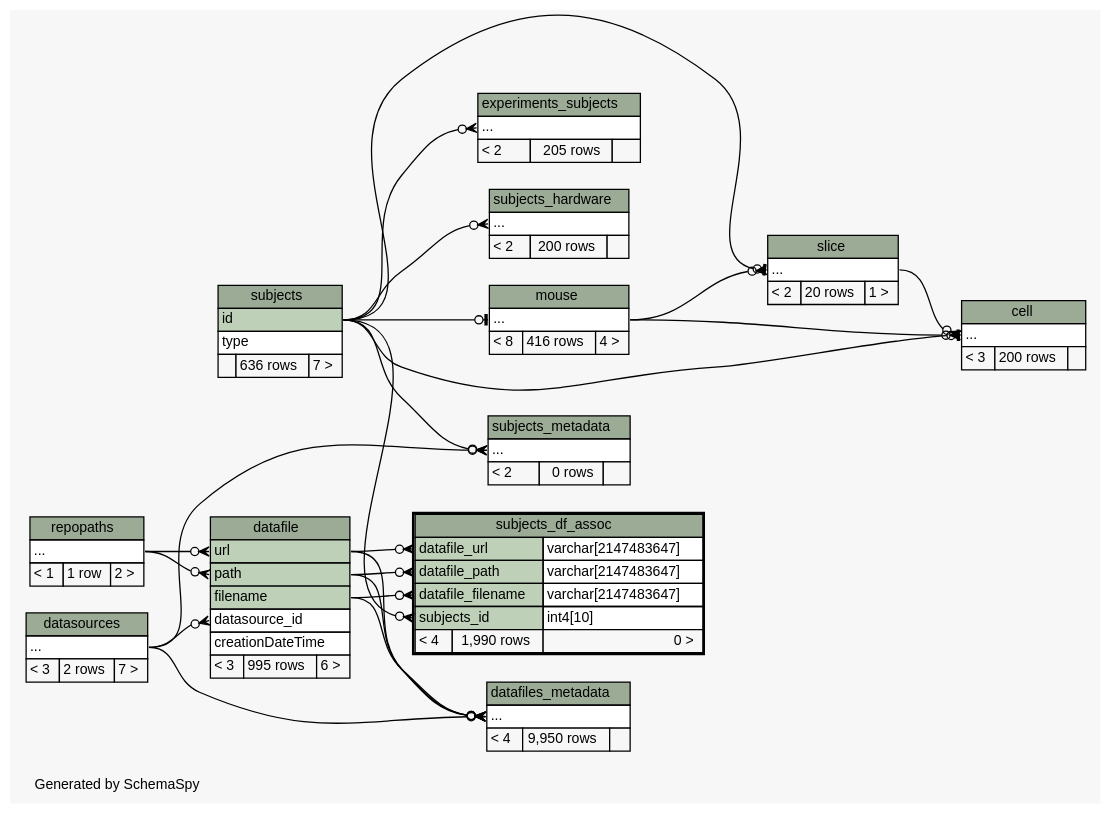
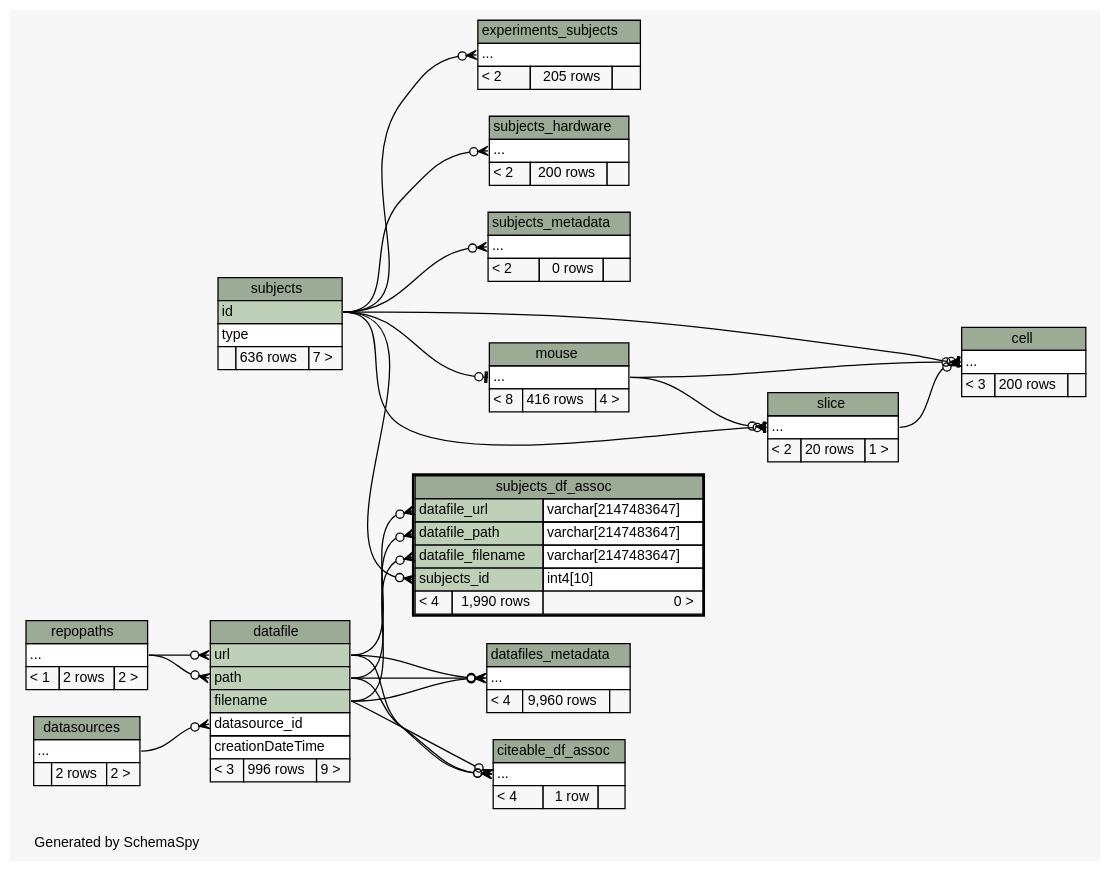
One commit to tgbugs/mlab changed the diagram in database/ss/diagrams/subjects_df_assoc.2degrees.dot. Above: the diagram before and after it, drawn with Graphviz. The commit also changed 185 other files, not shown here.

```diff
--- a/database/ss/diagrams/subjects_df_assoc.2degrees.dot
+++ b/database/ss/diagrams/subjects_df_assoc.2degrees.dot
@@ -1,171 +1,182 @@
 // dot 2.34.0 on Windows 7 6.1
 // SchemaSpy rev 590
 digraph "twoDegreesRelationshipsDiagram" {
   graph [
     rankdir="RL"
     bgcolor="#f7f7f7"
     label="\nGenerated by SchemaSpy"
     labeljust="l"
     nodesep="0.18"
     ranksep="0.46"
     fontname="Helvetica"
     fontsize="11"
   ];
   node [
     fontname="Helvetica"
     fontsize="11"
     shape="plaintext"
   ];
   edge [
     arrowsize="0.8"
   ];
   "cell":"elipses":w -> "subjects":"id":e [arrowhead=none dir=back arrowtail=teeodot];
   "cell":"elipses":w -> "mouse":"elipses":e [arrowhead=none dir=back arrowtail=crowodot];
   "cell":"elipses":w -> "slice":"elipses":e [arrowhead=none dir=back arrowtail=crowodot];
+  "citeable_df_assoc":"elipses":w -> "datafile":"filename":e [arrowhead=none dir=back arrowtail=crowodot];
+  "citeable_df_assoc":"elipses":w -> "datafile":"path":e [arrowhead=none dir=back arrowtail=crowodot];
+  "citeable_df_assoc":"elipses":w -> "datafile":"url":e [arrowhead=none dir=back arrowtail=crowodot];
   "datafile":"datasource_id":w -> "datasources":"elipses":e [arrowhead=none dir=back arrowtail=crowodot];
   "datafile":"path":w -> "repopaths":"elipses":e [arrowhead=none dir=back arrowtail=crowodot];
   "datafile":"url":w -> "repopaths":"elipses":e [arrowhead=none dir=back arrowtail=crowodot];
-  "datafiles_metadata":"elipses":w -> "datasources":"elipses":e [arrowhead=none dir=back arrowtail=crowodot];
   "datafiles_metadata":"elipses":w -> "datafile":"filename":e [arrowhead=none dir=back arrowtail=crowodot];
   "datafiles_metadata":"elipses":w -> "datafile":"path":e [arrowhead=none dir=back arrowtail=crowodot];
   "datafiles_metadata":"elipses":w -> "datafile":"url":e [arrowhead=none dir=back arrowtail=crowodot];
   "experiments_subjects":"elipses":w -> "subjects":"id":e [arrowhead=none dir=back arrowtail=crowodot];
   "mouse":"elipses":w -> "subjects":"id":e [arrowhead=none dir=back arrowtail=teeodot];
   "slice":"elipses":w -> "subjects":"id":e [arrowhead=none dir=back arrowtail=teeodot];
   "slice":"elipses":w -> "mouse":"elipses":e [arrowhead=none dir=back arrowtail=crowodot];
   "subjects_df_assoc":"datafile_filename":w -> "datafile":"filename":e [arrowhead=none dir=back arrowtail=crowodot];
   "subjects_df_assoc":"datafile_path":w -> "datafile":"path":e [arrowhead=none dir=back arrowtail=crowodot];
   "subjects_df_assoc":"datafile_url":w -> "datafile":"url":e [arrowhead=none dir=back arrowtail=crowodot];
   "subjects_df_assoc":"subjects_id":w -> "subjects":"id":e [arrowhead=none dir=back arrowtail=crowodot];
   "subjects_hardware":"elipses":w -> "subjects":"id":e [arrowhead=none dir=back arrowtail=crowodot];
-  "subjects_metadata":"elipses":w -> "datasources":"elipses":e [arrowhead=none dir=back arrowtail=crowodot];
   "subjects_metadata":"elipses":w -> "subjects":"id":e [arrowhead=none dir=back arrowtail=crowodot];
   "cell" [
     label=<
     <TABLE BORDER="0" CELLBORDER="1" CELLSPACING="0" BGCOLOR="#ffffff">
       <TR><TD COLSPAN="3" BGCOLOR="#9bab96" ALIGN="CENTER">cell</TD></TR>
       <TR><TD PORT="elipses" COLSPAN="3" ALIGN="LEFT">...</TD></TR>
       <TR><TD ALIGN="LEFT" BGCOLOR="#f7f7f7">&lt; 3</TD><TD ALIGN="RIGHT" BGCOLOR="#f7f7f7">200 rows</TD><TD ALIGN="RIGHT" BGCOLOR="#f7f7f7">  </TD></TR>
     </TABLE>>
     URL="cell.html"
     tooltip="cell"
   ];
+  "citeable_df_assoc" [
+    label=<
+    <TABLE BORDER="0" CELLBORDER="1" CELLSPACING="0" BGCOLOR="#ffffff">
+      <TR><TD COLSPAN="3" BGCOLOR="#9bab96" ALIGN="CENTER">citeable_df_assoc</TD></TR>
+      <TR><TD PORT="elipses" COLSPAN="3" ALIGN="LEFT">...</TD></TR>
+      <TR><TD ALIGN="LEFT" BGCOLOR="#f7f7f7">&lt; 4</TD><TD ALIGN="RIGHT" BGCOLOR="#f7f7f7">1 row</TD><TD ALIGN="RIGHT" BGCOLOR="#f7f7f7">  </TD></TR>
+    </TABLE>>
+    URL="citeable_df_assoc.html"
+    tooltip="citeable_df_assoc"
+  ];
   "datafile" [
     label=<
     <TABLE BORDER="0" CELLBORDER="1" CELLSPACING="0" BGCOLOR="#ffffff">
       <TR><TD COLSPAN="3" BGCOLOR="#9bab96" ALIGN="CENTER">datafile</TD></TR>
       <TR><TD PORT="url" COLSPAN="3" BGCOLOR="#bed1b8" ALIGN="LEFT">url</TD></TR>
       <TR><TD PORT="path" COLSPAN="3" BGCOLOR="#bed1b8" ALIGN="LEFT">path</TD></TR>
       <TR><TD PORT="filename" COLSPAN="3" BGCOLOR="#bed1b8" ALIGN="LEFT">filename</TD></TR>
       <TR><TD PORT="datasource_id" COLSPAN="3" ALIGN="LEFT">datasource_id</TD></TR>
       <TR><TD PORT="creationDateTime" COLSPAN="3" ALIGN="LEFT">creationDateTime</TD></TR>
-      <TR><TD ALIGN="LEFT" BGCOLOR="#f7f7f7">&lt; 3</TD><TD ALIGN="RIGHT" BGCOLOR="#f7f7f7">995 rows</TD><TD ALIGN="RIGHT" BGCOLOR="#f7f7f7">6 &gt;</TD></TR>
+      <TR><TD ALIGN="LEFT" BGCOLOR="#f7f7f7">&lt; 3</TD><TD ALIGN="RIGHT" BGCOLOR="#f7f7f7">996 rows</TD><TD ALIGN="RIGHT" BGCOLOR="#f7f7f7">9 &gt;</TD></TR>
     </TABLE>>
     URL="datafile.html"
     tooltip="datafile"
   ];
   "datafiles_metadata" [
     label=<
     <TABLE BORDER="0" CELLBORDER="1" CELLSPACING="0" BGCOLOR="#ffffff">
       <TR><TD COLSPAN="3" BGCOLOR="#9bab96" ALIGN="CENTER">datafiles_metadata</TD></TR>
       <TR><TD PORT="elipses" COLSPAN="3" ALIGN="LEFT">...</TD></TR>
-      <TR><TD ALIGN="LEFT" BGCOLOR="#f7f7f7">&lt; 4</TD><TD ALIGN="RIGHT" BGCOLOR="#f7f7f7">9,950 rows</TD><TD ALIGN="RIGHT" BGCOLOR="#f7f7f7">  </TD></TR>
+      <TR><TD ALIGN="LEFT" BGCOLOR="#f7f7f7">&lt; 4</TD><TD ALIGN="RIGHT" BGCOLOR="#f7f7f7">9,960 rows</TD><TD ALIGN="RIGHT" BGCOLOR="#f7f7f7">  </TD></TR>
     </TABLE>>
     URL="datafiles_metadata.html"
     tooltip="datafiles_metadata"
   ];
   "datasources" [
     label=<
     <TABLE BORDER="0" CELLBORDER="1" CELLSPACING="0" BGCOLOR="#ffffff">
       <TR><TD COLSPAN="3" BGCOLOR="#9bab96" ALIGN="CENTER">datasources</TD></TR>
       <TR><TD PORT="elipses" COLSPAN="3" ALIGN="LEFT">...</TD></TR>
-      <TR><TD ALIGN="LEFT" BGCOLOR="#f7f7f7">&lt; 3</TD><TD ALIGN="RIGHT" BGCOLOR="#f7f7f7">2 rows</TD><TD ALIGN="RIGHT" BGCOLOR="#f7f7f7">7 &gt;</TD></TR>
+      <TR><TD ALIGN="LEFT" BGCOLOR="#f7f7f7">  </TD><TD ALIGN="RIGHT" BGCOLOR="#f7f7f7">2 rows</TD><TD ALIGN="RIGHT" BGCOLOR="#f7f7f7">2 &gt;</TD></TR>
     </TABLE>>
     URL="datasources.html"
     tooltip="datasources"
   ];
   "experiments_subjects" [
     label=<
     <TABLE BORDER="0" CELLBORDER="1" CELLSPACING="0" BGCOLOR="#ffffff">
       <TR><TD COLSPAN="3" BGCOLOR="#9bab96" ALIGN="CENTER">experiments_subjects</TD></TR>
       <TR><TD PORT="elipses" COLSPAN="3" ALIGN="LEFT">...</TD></TR>
       <TR><TD ALIGN="LEFT" BGCOLOR="#f7f7f7">&lt; 2</TD><TD ALIGN="RIGHT" BGCOLOR="#f7f7f7">205 rows</TD><TD ALIGN="RIGHT" BGCOLOR="#f7f7f7">  </TD></TR>
     </TABLE>>
     URL="experiments_subjects.html"
     tooltip="experiments_subjects"
   ];
   "mouse" [
     label=<
     <TABLE BORDER="0" CELLBORDER="1" CELLSPACING="0" BGCOLOR="#ffffff">
       <TR><TD COLSPAN="3" BGCOLOR="#9bab96" ALIGN="CENTER">mouse</TD></TR>
       <TR><TD PORT="elipses" COLSPAN="3" ALIGN="LEFT">...</TD></TR>
       <TR><TD ALIGN="LEFT" BGCOLOR="#f7f7f7">&lt; 8</TD><TD ALIGN="RIGHT" BGCOLOR="#f7f7f7">416 rows</TD><TD ALIGN="RIGHT" BGCOLOR="#f7f7f7">4 &gt;</TD></TR>
     </TABLE>>
     URL="mouse.html"
     tooltip="mouse"
   ];
   "repopaths" [
     label=<
     <TABLE BORDER="0" CELLBORDER="1" CELLSPACING="0" BGCOLOR="#ffffff">
       <TR><TD COLSPAN="3" BGCOLOR="#9bab96" ALIGN="CENTER">repopaths</TD></TR>
       <TR><TD PORT="elipses" COLSPAN="3" ALIGN="LEFT">...</TD></TR>
-      <TR><TD ALIGN="LEFT" BGCOLOR="#f7f7f7">&lt; 1</TD><TD ALIGN="RIGHT" BGCOLOR="#f7f7f7">1 row</TD><TD ALIGN="RIGHT" BGCOLOR="#f7f7f7">2 &gt;</TD></TR>
+      <TR><TD ALIGN="LEFT" BGCOLOR="#f7f7f7">&lt; 1</TD><TD ALIGN="RIGHT" BGCOLOR="#f7f7f7">2 rows</TD><TD ALIGN="RIGHT" BGCOLOR="#f7f7f7">2 &gt;</TD></TR>
     </TABLE>>
     URL="repopaths.html"
     tooltip="repopaths"
   ];
   "slice" [
     label=<
     <TABLE BORDER="0" CELLBORDER="1" CELLSPACING="0" BGCOLOR="#ffffff">
       <TR><TD COLSPAN="3" BGCOLOR="#9bab96" ALIGN="CENTER">slice</TD></TR>
       <TR><TD PORT="elipses" COLSPAN="3" ALIGN="LEFT">...</TD></TR>
       <TR><TD ALIGN="LEFT" BGCOLOR="#f7f7f7">&lt; 2</TD><TD ALIGN="RIGHT" BGCOLOR="#f7f7f7">20 rows</TD><TD ALIGN="RIGHT" BGCOLOR="#f7f7f7">1 &gt;</TD></TR>
     </TABLE>>
     URL="slice.html"
     tooltip="slice"
   ];
   "subjects" [
     label=<
     <TABLE BORDER="0" CELLBORDER="1" CELLSPACING="0" BGCOLOR="#ffffff">
       <TR><TD COLSPAN="3" BGCOLOR="#9bab96" ALIGN="CENTER">subjects</TD></TR>
       <TR><TD PORT="id" COLSPAN="3" BGCOLOR="#bed1b8" ALIGN="LEFT">id</TD></TR>
       <TR><TD PORT="type" COLSPAN="3" ALIGN="LEFT">type</TD></TR>
       <TR><TD ALIGN="LEFT" BGCOLOR="#f7f7f7">  </TD><TD ALIGN="RIGHT" BGCOLOR="#f7f7f7">636 rows</TD><TD ALIGN="RIGHT" BGCOLOR="#f7f7f7">7 &gt;</TD></TR>
     </TABLE>>
     URL="subjects.html"
     tooltip="subjects"
   ];
   "subjects_df_assoc" [
     label=<
     <TABLE BORDER="2" CELLBORDER="1" CELLSPACING="0" BGCOLOR="#ffffff">
       <TR><TD COLSPAN="3" BGCOLOR="#9bab96" ALIGN="CENTER">subjects_df_assoc</TD></TR>
       <TR><TD PORT="datafile_url" COLSPAN="2" BGCOLOR="#bed1b8" ALIGN="LEFT">datafile_url</TD><TD PORT="datafile_url.type" ALIGN="LEFT">varchar[2147483647]</TD></TR>
       <TR><TD PORT="datafile_path" COLSPAN="2" BGCOLOR="#bed1b8" ALIGN="LEFT">datafile_path</TD><TD PORT="datafile_path.type" ALIGN="LEFT">varchar[2147483647]</TD></TR>
       <TR><TD PORT="datafile_filename" COLSPAN="2" BGCOLOR="#bed1b8" ALIGN="LEFT">datafile_filename</TD><TD PORT="datafile_filename.type" ALIGN="LEFT">varchar[2147483647]</TD></TR>
       <TR><TD PORT="subjects_id" COLSPAN="2" BGCOLOR="#bed1b8" ALIGN="LEFT">subjects_id</TD><TD PORT="subjects_id.type" ALIGN="LEFT">int4[10]</TD></TR>
       <TR><TD ALIGN="LEFT" BGCOLOR="#f7f7f7">&lt; 4</TD><TD ALIGN="RIGHT" BGCOLOR="#f7f7f7">1,990 rows</TD><TD ALIGN="RIGHT" BGCOLOR="#f7f7f7">0 &gt;</TD></TR>
     </TABLE>>
     URL="subjects_df_assoc.html"
     tooltip="subjects_df_assoc"
   ];
   "subjects_hardware" [
     label=<
     <TABLE BORDER="0" CELLBORDER="1" CELLSPACING="0" BGCOLOR="#ffffff">
       <TR><TD COLSPAN="3" BGCOLOR="#9bab96" ALIGN="CENTER">subjects_hardware</TD></TR>
       <TR><TD PORT="elipses" COLSPAN="3" ALIGN="LEFT">...</TD></TR>
       <TR><TD ALIGN="LEFT" BGCOLOR="#f7f7f7">&lt; 2</TD><TD ALIGN="RIGHT" BGCOLOR="#f7f7f7">200 rows</TD><TD ALIGN="RIGHT" BGCOLOR="#f7f7f7">  </TD></TR>
     </TABLE>>
     URL="subjects_hardware.html"
     tooltip="subjects_hardware"
   ];
   "subjects_metadata" [
     label=<
     <TABLE BORDER="0" CELLBORDER="1" CELLSPACING="0" BGCOLOR="#ffffff">
       <TR><TD COLSPAN="3" BGCOLOR="#9bab96" ALIGN="CENTER">subjects_metadata</TD></TR>
       <TR><TD PORT="elipses" COLSPAN="3" ALIGN="LEFT">...</TD></TR>
       <TR><TD ALIGN="LEFT" BGCOLOR="#f7f7f7">&lt; 2</TD><TD ALIGN="RIGHT" BGCOLOR="#f7f7f7">0 rows</TD><TD ALIGN="RIGHT" BGCOLOR="#f7f7f7">  </TD></TR>
     </TABLE>>
     URL="subjects_metadata.html"
     tooltip="subjects_metadata"
   ];
 }
```
